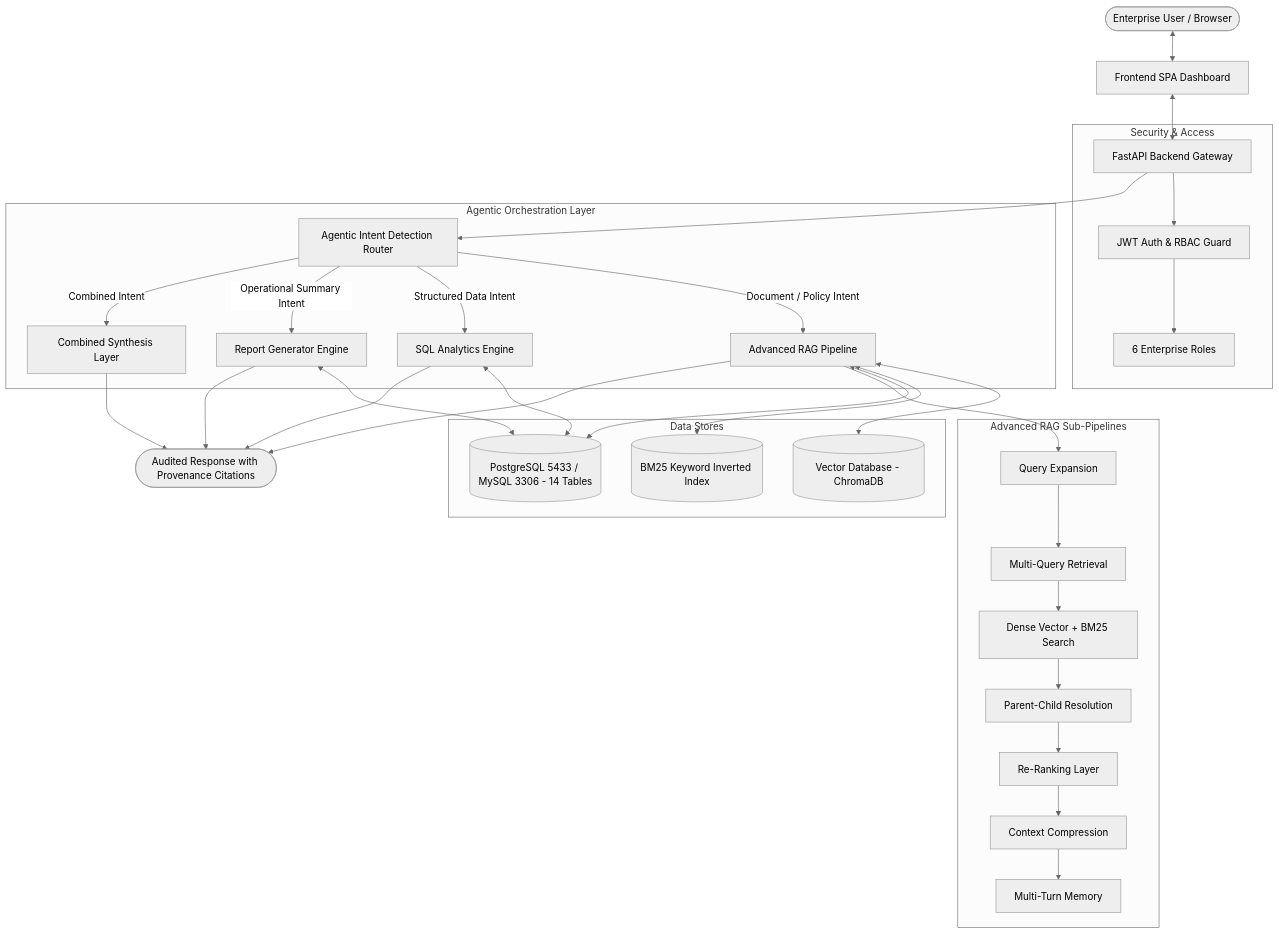
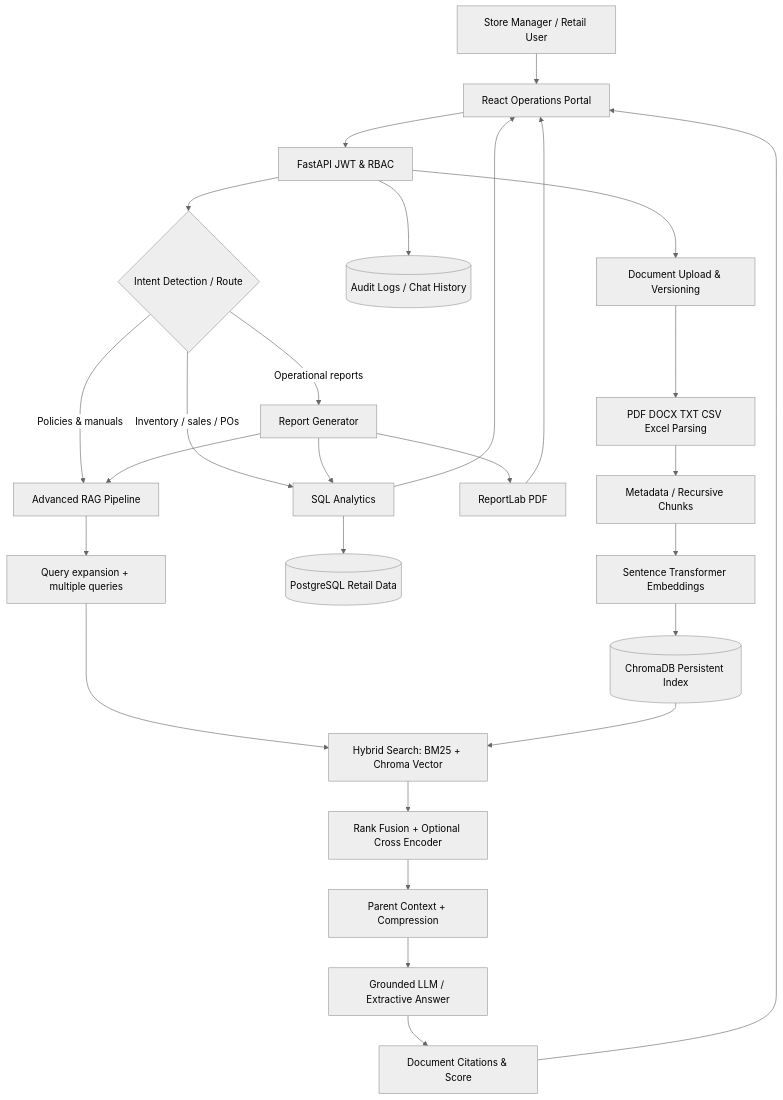
The diagram in docs/ARCHITECTURE.md (charankumar183/enterprise-retail-operations-copilot), drawn with Mermaid (neutral theme) before and after one commit. The commit also changed other lines of this file and 154 other files, not shown here.

Commit message:
Update project to current Enterprise AI Retail Copilot

````diff
--- a/docs/ARCHITECTURE.md
+++ b/docs/ARCHITECTURE.md
@@ -7,41 +5,29 @@
 ```mermaid
 flowchart TD
-    User([Enterprise User / Browser]) <--> UI[Frontend SPA Dashboard]
-    UI <--> API[FastAPI Backend Gateway]
-
-    subgraph Security & Access
-        API --> JWT[JWT Auth & RBAC Guard]
-        JWT --> Roles[6 Enterprise Roles]
-    end
-
-    subgraph Agentic Orchestration Layer
-        API --> Router[Agentic Intent Detection Router]
-        Router -->|Document / Policy Intent| RAG_Engine[Advanced RAG Pipeline]
-        Router -->|Structured Data Intent| SQL_Engine[SQL Analytics Engine]
-        Router -->|Operational Summary Intent| Report_Engine[Report Generator Engine]
-        Router -->|Combined Intent| Hybrid_Synthesizer[Combined Synthesis Layer]
-    end
-
-    subgraph Data Stores
-        SQL_Engine <--> RelationalDB[(PostgreSQL 5433 / MySQL 3306 - 14 Tables)]
-        Report_Engine <--> RelationalDB
-        RAG_Engine <--> ChromaDB[(Vector Database - ChromaDB)]
-        RAG_Engine <--> BM25_Index[(BM25 Keyword Inverted Index)]
-        RAG_Engine <--> RelationalDB
-    end
-
-    subgraph Advanced RAG Sub-Pipelines
-        RAG_Engine --> Q_Exp[Query Expansion]
-        Q_Exp --> Multi_Q[Multi-Query Retrieval]
-        Multi_Q --> Hybrid_Search[Dense Vector + BM25 Search]
-        Hybrid_Search --> Parent_Child[Parent-Child Resolution]
-        Parent_Child --> ReRank[Re-Ranking Layer]
-        ReRank --> Context_Comp[Context Compression]
-        Context_Comp --> Memory[Multi-Turn Memory]
-    end
-
-    RAG_Engine --> Response([Audited Response with Provenance Citations])
-    SQL_Engine --> Response
-    Report_Engine --> Response
-    Hybrid_Synthesizer --> Response
+    U[Store Manager / Retail User] --> F[React Operations Portal]
+    F --> A[FastAPI JWT & RBAC]
+    A --> R{Intent Detection / Route}
+    R -->|Policies & manuals| Q[Advanced RAG Pipeline]
+    R -->|Inventory / sales / POs| S[SQL Analytics]
+    R -->|Operational reports| G[Report Generator]
+    Q --> X[Query expansion + multiple queries]
+    X --> H[Hybrid Search: BM25 + Chroma Vector]
+    H --> Y[Rank Fusion + Optional Cross Encoder]
+    Y --> P[Parent Context + Compression]
+    P --> L[Grounded LLM / Extractive Answer]
+    S --> DB[(PostgreSQL Retail Data)]
+    G --> S
+    G --> Q
+    G --> PDF[ReportLab PDF]
+    L --> C[Document Citations & Score]
+    A --> LOG[(Audit Logs / Chat History)]
+    A --> DOC[Document Upload & Versioning]
+    DOC --> ING[PDF DOCX TXT CSV Excel Parsing]
+    ING --> SPLIT[Metadata / Recursive Chunks]
+    SPLIT --> E[Sentence Transformer Embeddings]
+    E --> V[(ChromaDB Persistent Index)]
+    V --> H
+    C --> F
+    S --> F
+    PDF --> F
 ```
````
